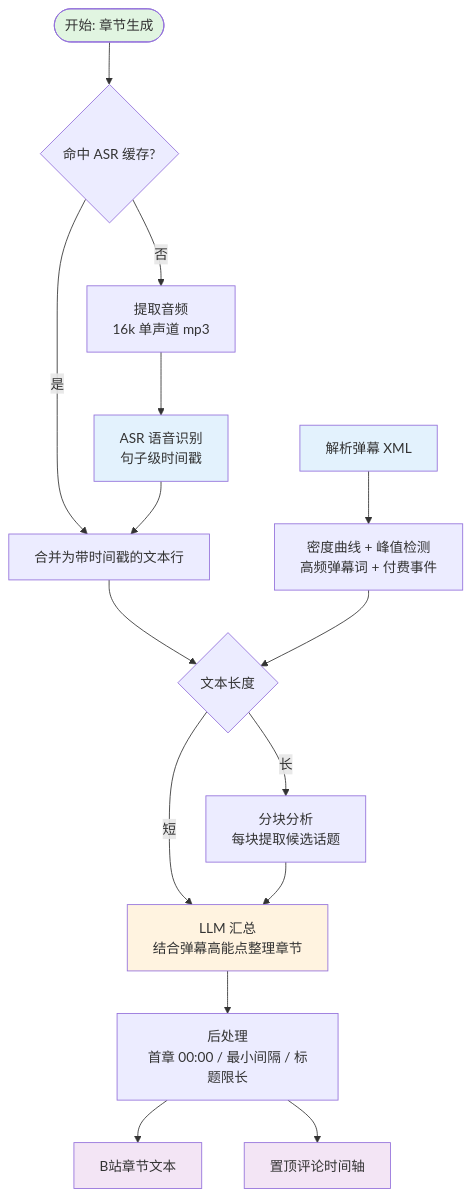
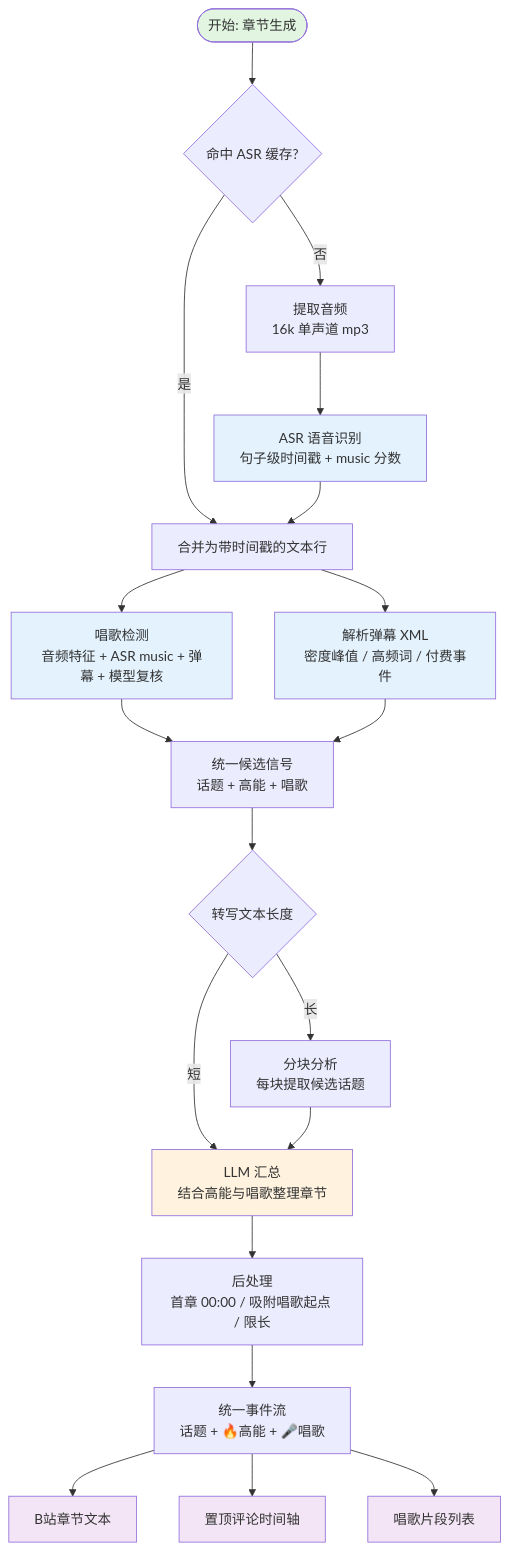
One commit to skyland-zero/biliLive-tools changed the second of 2 diagrams in docs/features/ai.md. Above: the diagram before and after it, drawn with Mermaid. The commit also changed other lines of this file and 16 other files, not shown here.

````diff
--- a/docs/features/ai.md
+++ b/docs/features/ai.md
@@ -127,26 +128,32 @@
 ```mermaid
 flowchart TD
     Start([开始: 章节生成]) --> Check{命中 ASR 缓存?}
     Check -->|是| Lines
     Check -->|否| Extract[提取音频<br/>16k 单声道 mp3]
-    Extract --> ASR[ASR 语音识别<br/>句子级时间戳]
+    Extract --> ASR[ASR 语音识别<br/>句子级时间戳 + music 分数]
     ASR --> Lines[合并为带时间戳的文本行]
 
-    Danmaku[解析弹幕 XML] --> Density[密度曲线 + 峰值检测<br/>高频弹幕词 + 付费事件]
-    Lines --> Single{文本长度}
-    Density --> Single
+    Lines --> Singing[唱歌检测<br/>音频特征 + ASR music + 弹幕 + 模型复核]
+    Lines --> Danmaku[解析弹幕 XML<br/>密度峰值 / 高频词 / 付费事件]
+    Singing --> Candidate[统一候选信号<br/>话题 + 高能 + 唱歌]
+    Danmaku --> Candidate
 
+    Candidate --> Single{转写文本长度}
     Single -->|短| Merge
     Single -->|长| Chunk[分块分析<br/>每块提取候选话题]
-    Chunk --> Merge[LLM 汇总<br/>结合弹幕高能点整理章节]
-    Merge --> Post[后处理<br/>首章 00:00 / 最小间隔 / 标题限长]
-    Post --> Out1[B站章节文本]
-    Post --> Out2[置顶评论时间轴]
+    Chunk --> Merge[LLM 汇总<br/>结合高能与唱歌整理章节]
+    Merge --> Post[后处理<br/>首章 00:00 / 吸附唱歌起点 / 限长]
+    Post --> Timeline[统一事件流<br/>话题 + 🔥高能 + 🎤唱歌]
+    Timeline --> Out1[B站章节文本]
+    Timeline --> Out2[置顶评论时间轴]
+    Timeline --> Out3[唱歌片段列表]
 
     style Start fill:#e1f5e1
     style Out1 fill:#f3e5f5
     style Out2 fill:#f3e5f5
+    style Out3 fill:#f3e5f5
     style Danmaku fill:#e3f2fd
+    style Singing fill:#e3f2fd
     style ASR fill:#e3f2fd
     style Merge fill:#fff3e0
 ```
````
